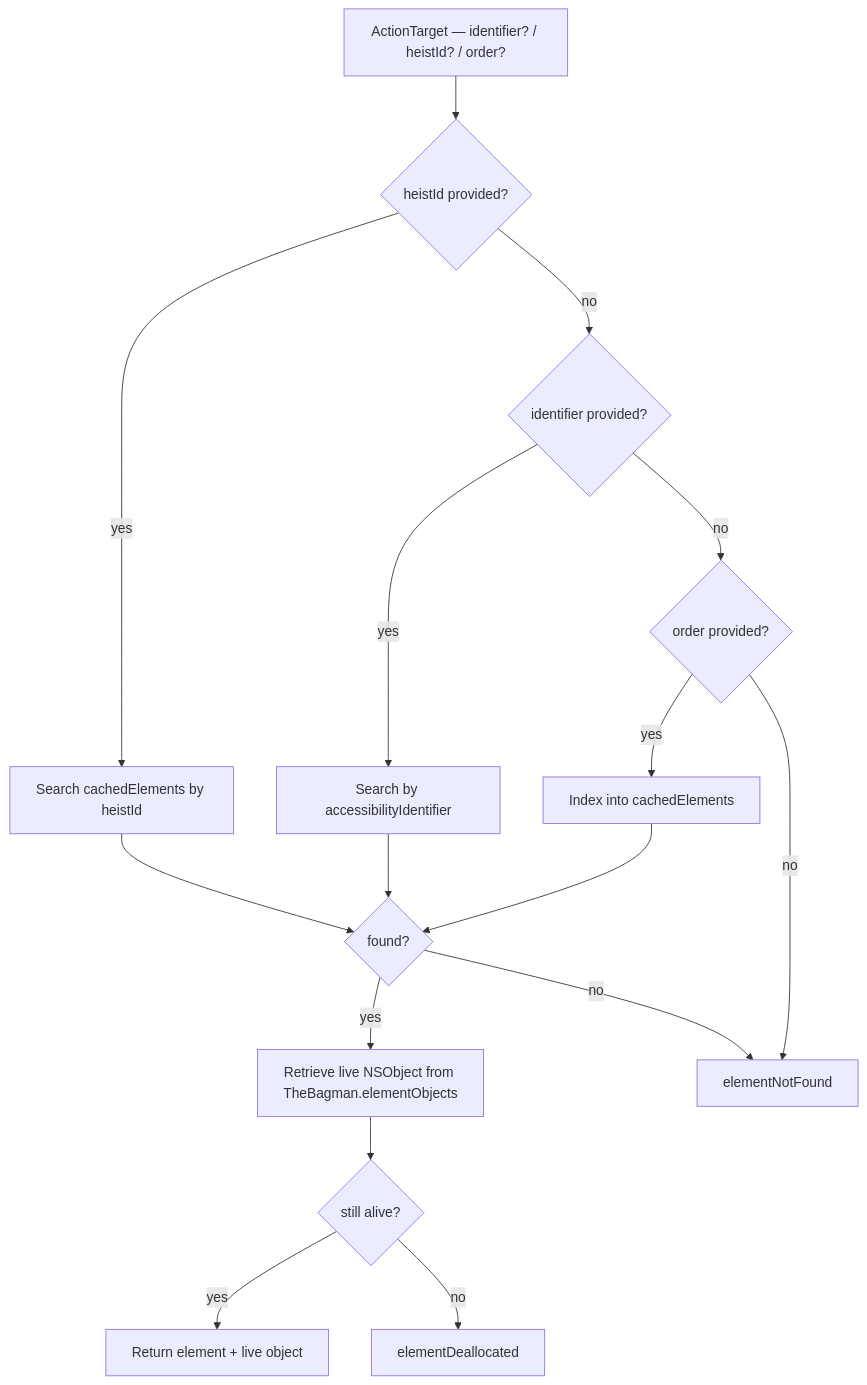
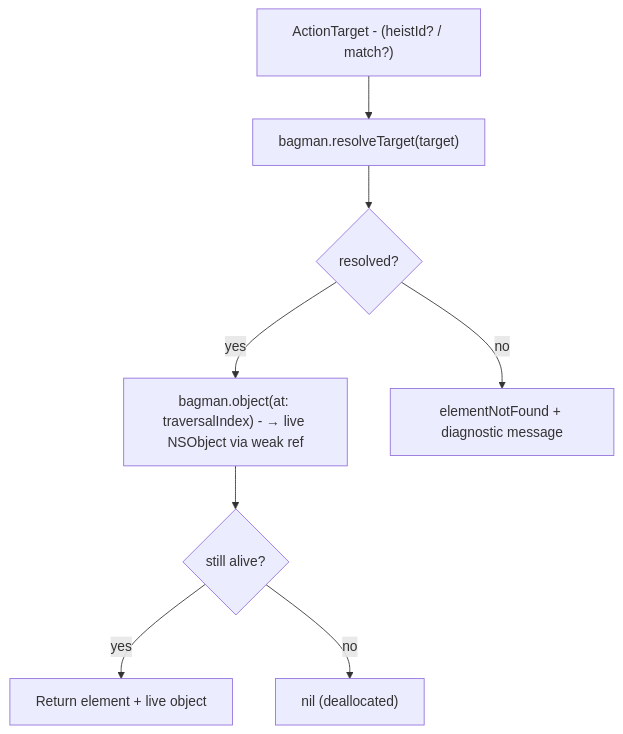
Before and after one commit to RoyalPineapple/TheButtonHeist: the fourth of 4 diagrams in docs/dossiers/04-THESAFECRACKER.md, drawn with Mermaid. The commit also changed other lines of this file and 61 other files, not shown here.

````diff
--- a/docs/dossiers/04-THESAFECRACKER.md
+++ b/docs/dossiers/04-THESAFECRACKER.md
@@ -220,23 +224,11 @@
 ```mermaid
 flowchart TD
-    Target["ActionTarget — identifier? / heistId? / order?"]
-
-    Target --> ByHeistId{heistId provided?}
-    ByHeistId -->|yes| SearchHID["Search cachedElements by heistId"]
-    ByHeistId -->|no| ByIdent{identifier provided?}
-    ByIdent -->|yes| SearchIdent["Search by accessibilityIdentifier"]
-    ByIdent -->|no| ByOrder{order provided?}
-    ByOrder -->|yes| SearchOrder["Index into cachedElements"]
-    ByOrder -->|no| Fail["elementNotFound"]
-
-    SearchHID --> Found{found?}
-    SearchIdent --> Found
-    SearchOrder --> Found
-
-    Found -->|yes| WeakRef["Retrieve live NSObject from TheBagman.elementObjects"]
-    Found -->|no| Fail
-
+    Target["ActionTarget - (heistId? / match?)"]
+    Target --> Resolve["bagman.resolveTarget(target)"]
+    Resolve --> Found{resolved?}
+    Found -->|yes| WeakRef["bagman.object(at: traversalIndex) - → live NSObject via weak ref"]
+    Found -->|no| Fail["elementNotFound + diagnostic message"]
     WeakRef --> Alive{still alive?}
     Alive -->|yes| UseElement["Return element + live object"]
-    Alive -->|no| Dealloc["elementDeallocated"]
+    Alive -->|no| Dealloc["nil (deallocated)"]
 ```
````
